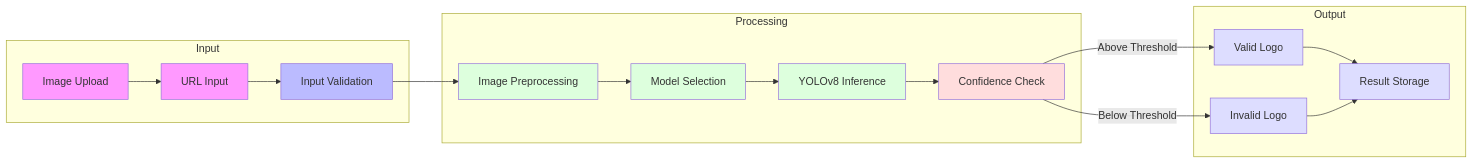
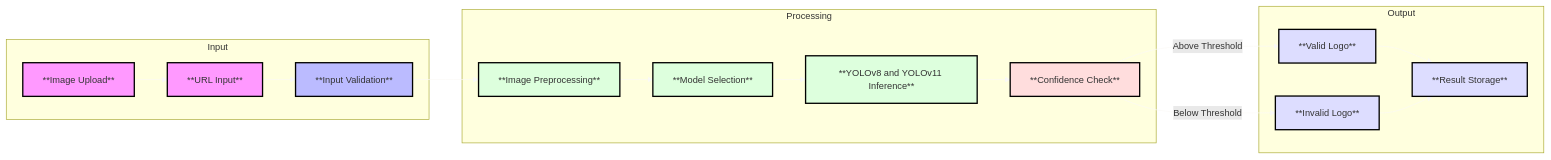
One commit to Dhruv0306/SymphonyProject1 changed the second of 4 diagrams in README.md. Above: the diagram before and after it, drawn with Mermaid. The commit also changed other lines of this file, not shown here.

````diff
--- a/README.md
+++ b/README.md
@@ -49,32 +59,41 @@
 ```mermaid
+%%{
+  init: {
+    'themeVariables': {
+      'fontSize': '14px',
+      'fontFamily': 'Arial, sans-serif'
+    }
+  }
+}%%
 flowchart LR
     subgraph Input
-        A[Image Upload] --> B[URL Input]
-        B --> C[Input Validation]
+        A[**Image Upload**] --> B[**URL Input**]
+        B --> C[**Input Validation**]
     end
     
     subgraph Processing
-        C --> D[Image Preprocessing]
-        D --> E[Model Selection]
-        E --> F[YOLOv8 Inference]
-        F --> G[Confidence Check]
+        C --> D[**Image Preprocessing**]
+        D --> E[**Model Selection**]
+        E --> F[**YOLOv8 and YOLOv11 Inference**]
+        F --> G[**Confidence Check**]
     end
     
     subgraph Output
-        G -->|Above Threshold| H[Valid Logo]
-        G -->|Below Threshold| I[Invalid Logo]
-        H --> J[Result Storage]
+        G -->|Above Threshold| H[**Valid Logo**]
+        G -->|Below Threshold| I[**Invalid Logo**]
+        H --> J[**Result Storage**]
         I --> J
     end
-    
-    style A fill:#f9f
-    style B fill:#f9f
-    style C fill:#bbf
-    style D fill:#dfd
-    style E fill:#dfd
-    style F fill:#dfd
-    style G fill:#fdd
-    style H fill:#ddf
-    style I fill:#ddf
-    style J fill:#ddf
+    linkStyle default stroke-width: 3px
+    linkStyle default stroke: #FAF9F6
+    style A fill:#f9f,stroke:#000,stroke-width:2px,color:000
+    style B fill:#f9f,stroke:#000,stroke-width:2px,color:000
+    style C fill:#bbf,stroke:#000,stroke-width:2px,color:000
+    style D fill:#dfd,stroke:#000,stroke-width:2px,color:000
+    style E fill:#dfd,stroke:#000,stroke-width:2px,color:000
+    style F fill:#dfd,stroke:#000,stroke-width:2px,color:000
+    style G fill:#fdd,stroke:#000,stroke-width:2px,color:000
+    style H fill:#ddf,stroke:#000,stroke-width:2px,color:000
+    style I fill:#ddf,stroke:#000,stroke-width:2px,color:000
+    style J fill:#ddf,stroke:#000,stroke-width:2px,color:000
 ```
````
